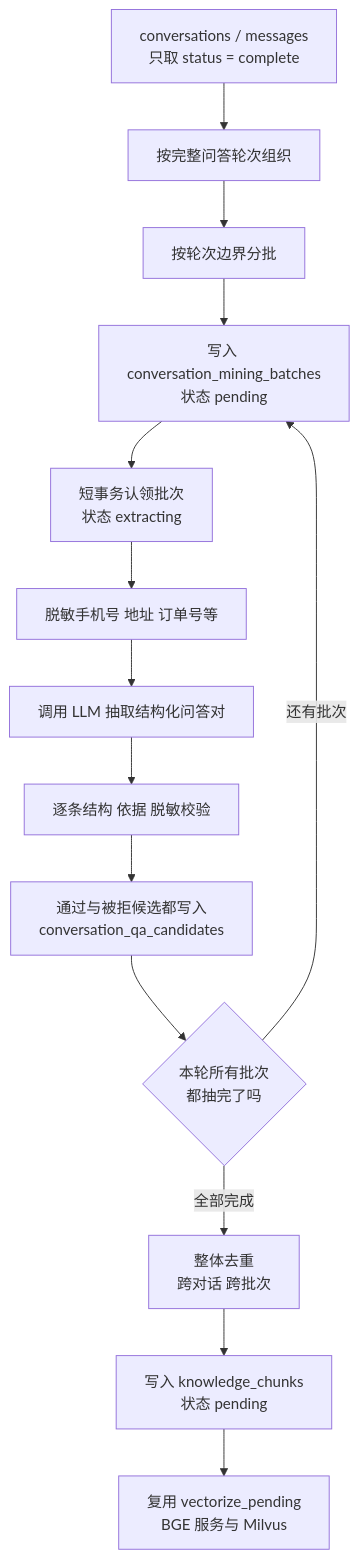
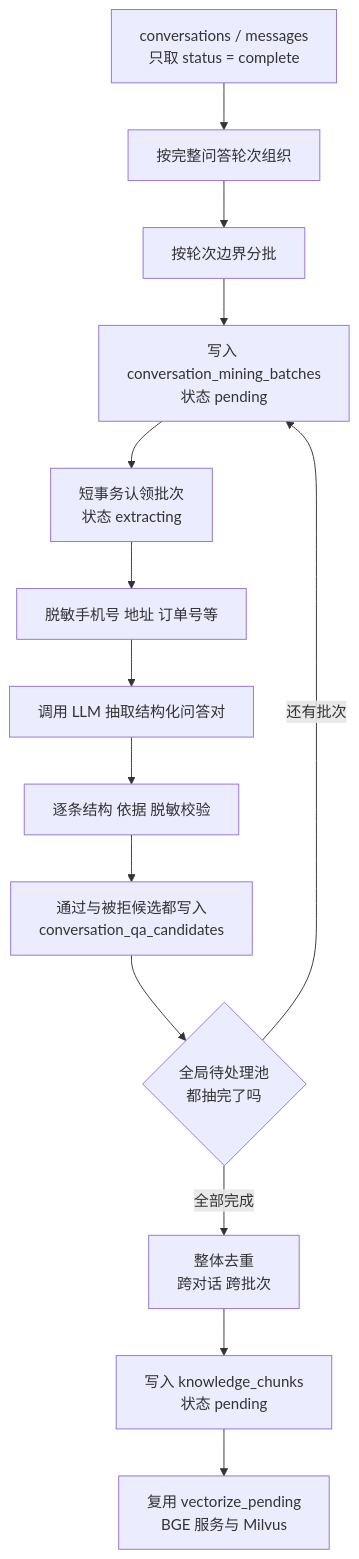
Before and after one commit to Tindalos-ik/Aiden: the fifth of 5 diagrams in docs/RAG.md, drawn with Mermaid. The commit also changed other lines of this file and 19 other files, not shown here.

````diff
--- a/docs/RAG.md
+++ b/docs/RAG.md
@@ -682,16 +651,16 @@
 ```mermaid
 graph TD
     msg["conversations / messages<br/>只取 status = complete"] --> turns["按完整问答轮次组织"]
     turns --> pack["按轮次边界分批"]
     pack --> batch["写入 conversation_mining_batches<br/>状态 pending"]
     batch --> claim["短事务认领批次<br/>状态 extracting"]
     claim --> mask["脱敏手机号 地址 订单号等"]
     mask --> llm["调用 LLM 抽取结构化问答对"]
     llm --> validate["逐条结构 依据 脱敏校验"]
     validate --> stage["通过与被拒候选都写入<br/>conversation_qa_candidates"]
-    stage --> wait{"本轮所有批次<br/>都抽完了吗"}
+    stage --> wait{"全局待处理池<br/>都抽完了吗"}
     wait -->|还有批次| batch
     wait -->|全部完成| dedupe["整体去重<br/>跨对话 跨批次"]
     dedupe --> mysql["写入 knowledge_chunks<br/>状态 pending"]
     mysql --> embed["复用 vectorize_pending<br/>BGE 服务与 Milvus"]
 ```
````
